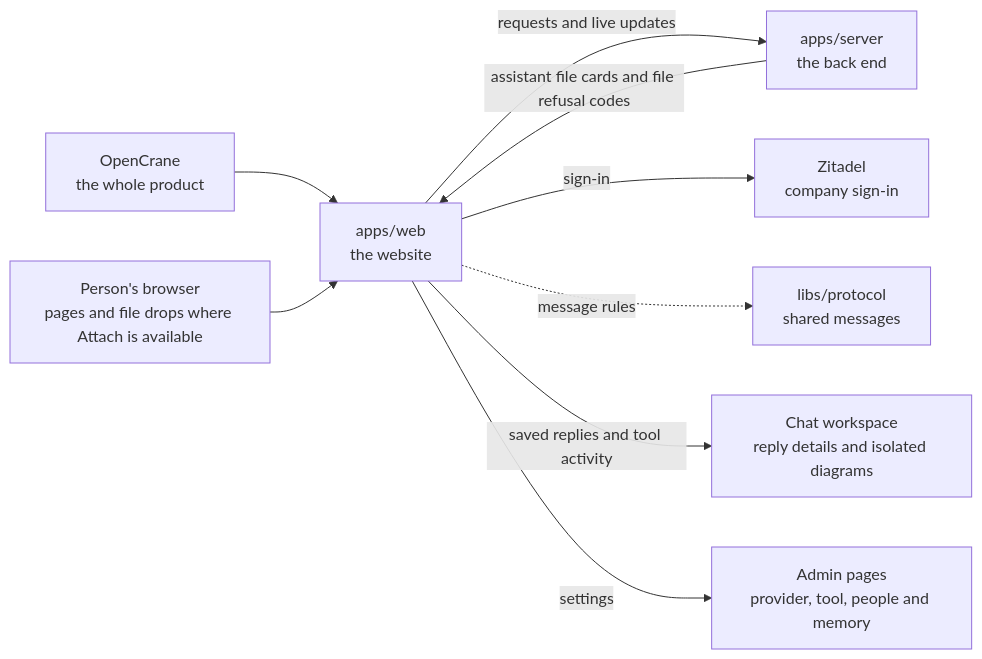
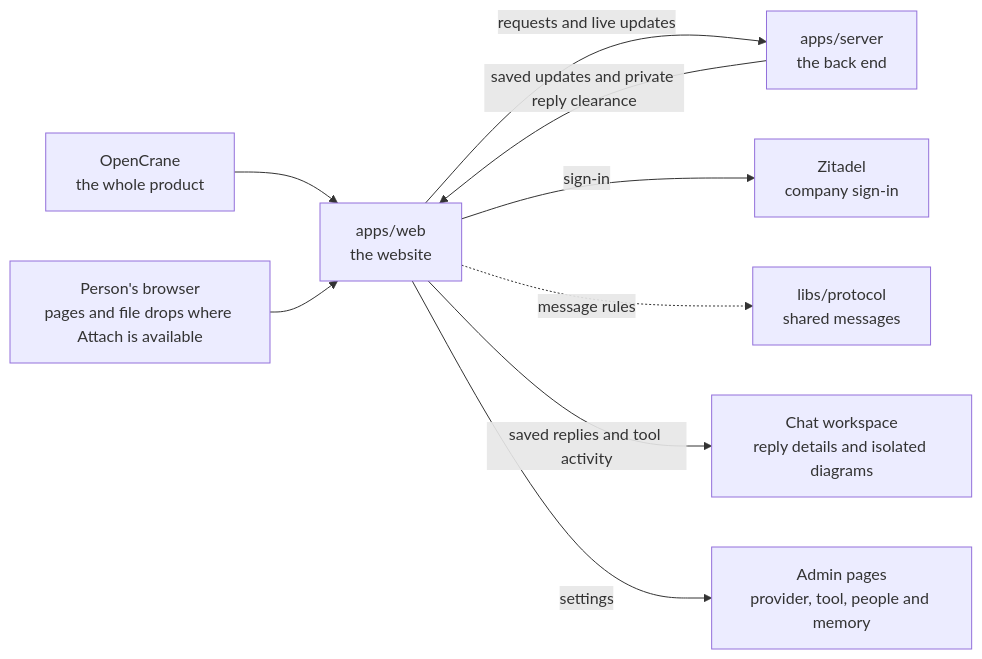
One commit to elewa-git/opencrane-new changed the diagram in apps/web/README.md. Above: the diagram before and after it, drawn with Mermaid. The commit also changed other lines of this file and 13 other files, not shown here.

````diff
--- a/apps/web/README.md
+++ b/apps/web/README.md
@@ -16,11 +16,11 @@
 ```mermaid
 flowchart LR
   system["OpenCrane<br/>the whole product"] --> web["apps/web<br/>the website"]
   browser["Person's browser<br/>pages and file drops where Attach is available"] --> web
   web -->|requests and live updates| server["apps/server<br/>the back end"]
-  server -->|assistant file cards and file refusal codes| web
+  server -->|saved updates and private reply clearance| web
   web -->|sign-in| zitadel["Zitadel<br/>company sign-in"]
   web -.->|message rules| protocol["libs/protocol<br/>shared messages"]
   web -->|saved replies and tool activity| capture["Chat workspace<br/>reply details and isolated diagrams"]
   web -->|settings| admin["Admin pages<br/>provider, tool, people and memory"]
 ```
````
